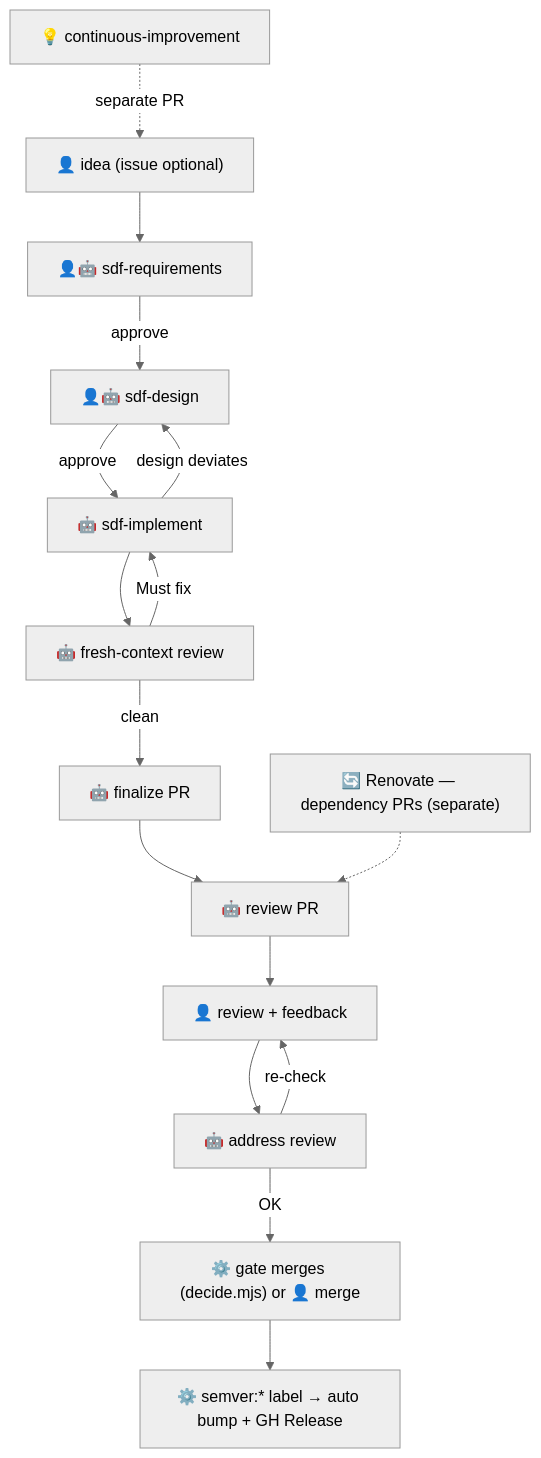
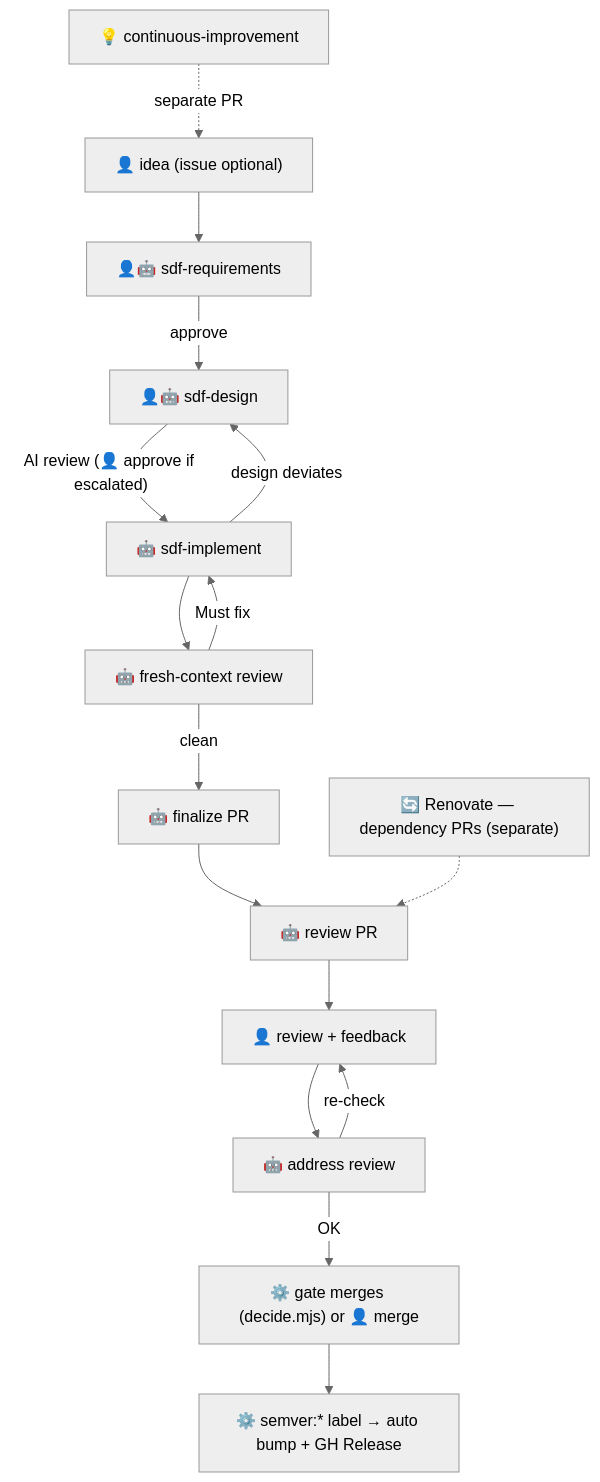
Before and after one commit to syakoo/syakoo-lab: the diagram in .claude/rules/ai-workflow.md, drawn with Mermaid (neutral theme). The commit also changed other lines of this file and 2 other files, not shown here.

First line of the commit message:
docs(rules): let the AI review agree a design unless sdf-design escalates

````diff
--- a/.claude/rules/ai-workflow.md
+++ b/.claude/rules/ai-workflow.md
@@ -15,18 +15,18 @@
 ```mermaid
 flowchart TD
   A["👤 idea (issue optional)"] --> R["👤🤖 sdf-requirements"]
   R -->|"approve"| D["👤🤖 sdf-design"]
-  D -->|"approve"| I["🤖 sdf-implement"]
+  D -->|"AI review (👤 approve if escalated)"| I["🤖 sdf-implement"]
   I -->|"design deviates"| D
   I --> V["🤖 fresh-context review"]
   V -->|"Must fix"| I
   V -->|"clean"| P["🤖 finalize PR"]
   P --> E["🤖 review PR"]
   E --> F["👤 review + feedback"]
   F --> G["🤖 address review"]
   G -->|"re-check"| F
   G -->|"OK"| H["⚙️ gate merges (decide.mjs) or 👤 merge"]
   H --> J["⚙️ semver:* label → auto bump + GH Release"]
   L["💡 continuous-improvement"] -.separate PR.-> A
   N["🔄 Renovate — dependency PRs (separate)"] -.-> E
 ```
````
